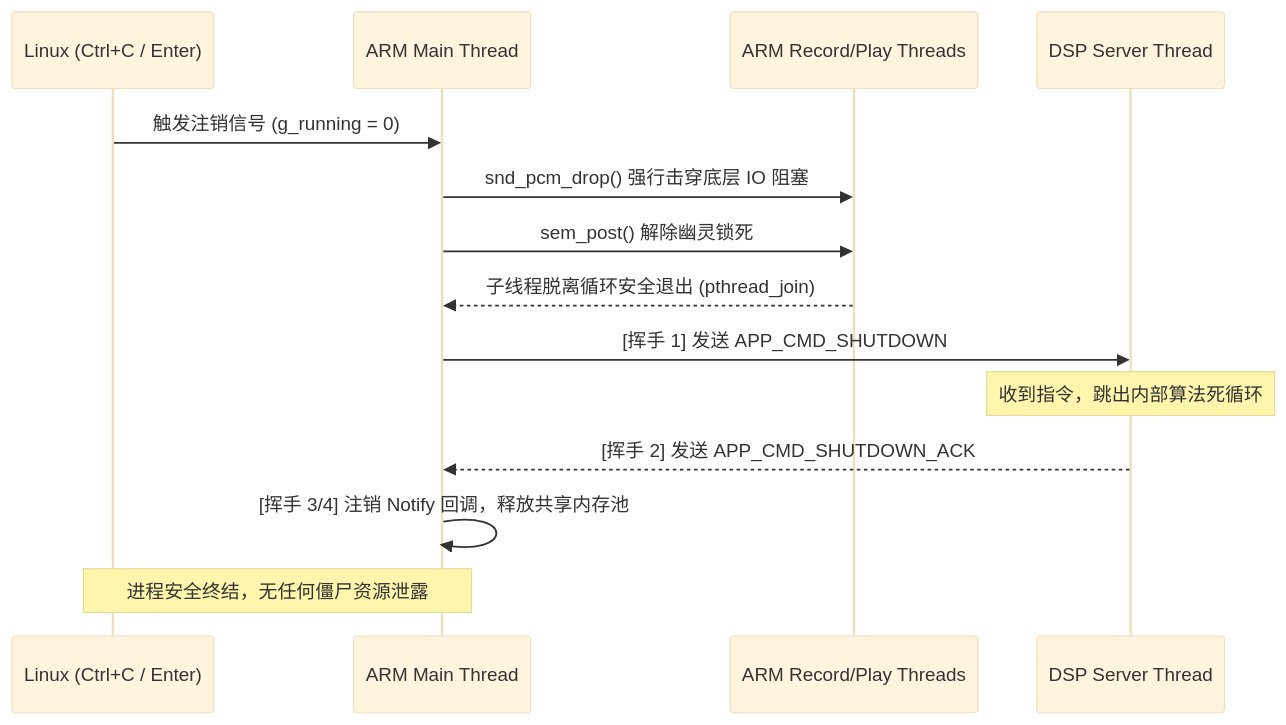
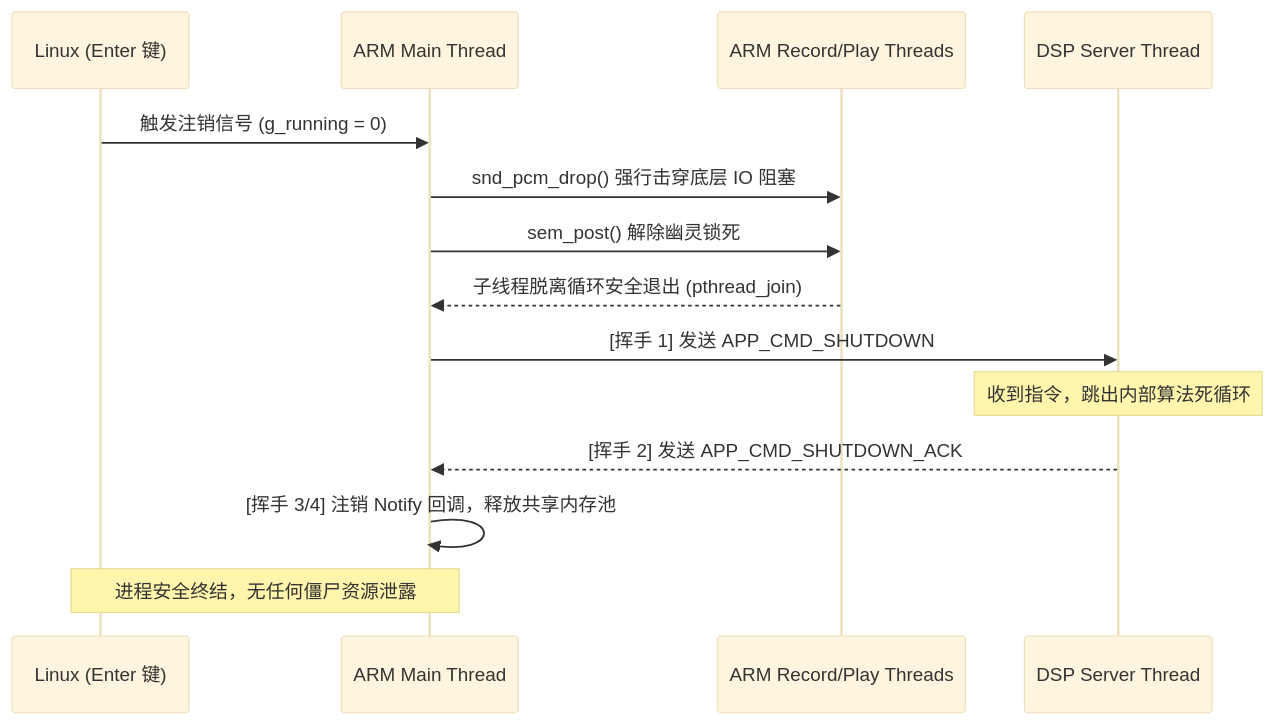
The fifth of 5 diagrams in docs/system_design.md (ch-cwang/DM8168-Speech-Signal-Processing), drawn with Mermaid (base theme) before and after one commit. The commit also changed other lines of this file and 9 other files, not shown here.

Commit message:
docs: Fix Mermaid rendering issues for MarkText and add presentation files

````diff
--- a/docs/system_design.md
+++ b/docs/system_design.md
@@ -195,19 +210,19 @@
 ```mermaid
 sequenceDiagram
-    participant OS as Linux (Ctrl+C / Enter)
+    participant OS as Linux (Enter 键)
     participant Main as ARM Main Thread
     participant Threads as ARM Record/Play Threads
     participant DSP as DSP Server Thread
 
     OS->>Main: 触发注销信号 (g_running = 0)
     Main->>Threads: snd_pcm_drop() 强行击穿底层 IO 阻塞
     Main->>Threads: sem_post() 解除幽灵锁死
     Threads-->>Main: 子线程脱离循环安全退出 (pthread_join)
-    
+
     Main->>DSP: [挥手 1] 发送 APP_CMD_SHUTDOWN
     Note over DSP: 收到指令，跳出内部算法死循环
     DSP-->>Main: [挥手 2] 发送 APP_CMD_SHUTDOWN_ACK
-    
+
     Main->>Main: [挥手 3/4] 注销 Notify 回调，释放共享内存池
     Note over Main,OS: 进程安全终结，无任何僵尸资源泄露
 ```
````
